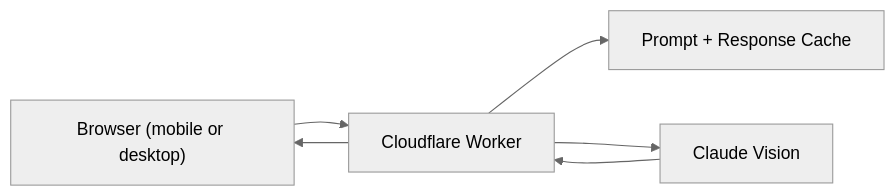
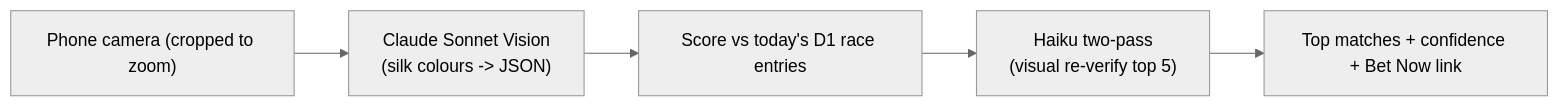
One commit to stewartburton/stewartburton.github.io changed the diagram in site/src/content/work/silkspotter.md. Above: the diagram before and after it, drawn with Mermaid (neutral theme). The commit also changed other lines of this file and 6 other files, not shown here.

````diff
--- a/site/src/content/work/silkspotter.md
+++ b/site/src/content/work/silkspotter.md
@@ -20,8 +20,7 @@
 ```mermaid
 flowchart LR
-    Browser["Browser (mobile or desktop)"] --> Edge["Cloudflare Worker"]
-    Edge --> Cache["Prompt + Response Cache"]
-    Edge --> Claude["Claude Vision"]
-    Claude --> Edge
-    Edge --> Browser
+    Camera["Phone camera (cropped to zoom)"] --> Sonnet["Claude Sonnet Vision\n(silk colours -> JSON)"]
+    Sonnet --> Score["Score vs today's D1 race entries"]
+    Score --> Haiku["Haiku two-pass\n(visual re-verify top 5)"]
+    Haiku --> Result["Top matches + confidence + Bet Now link"]
 ```
````
